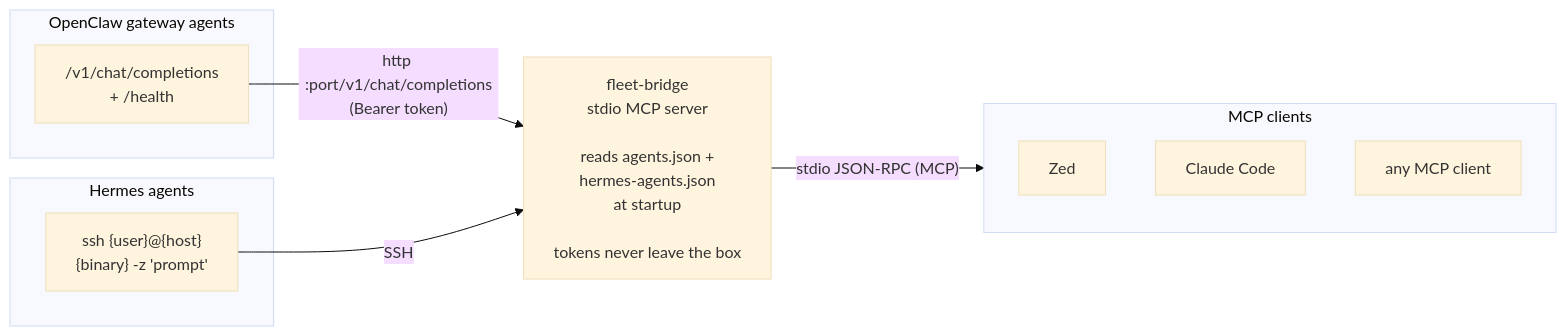
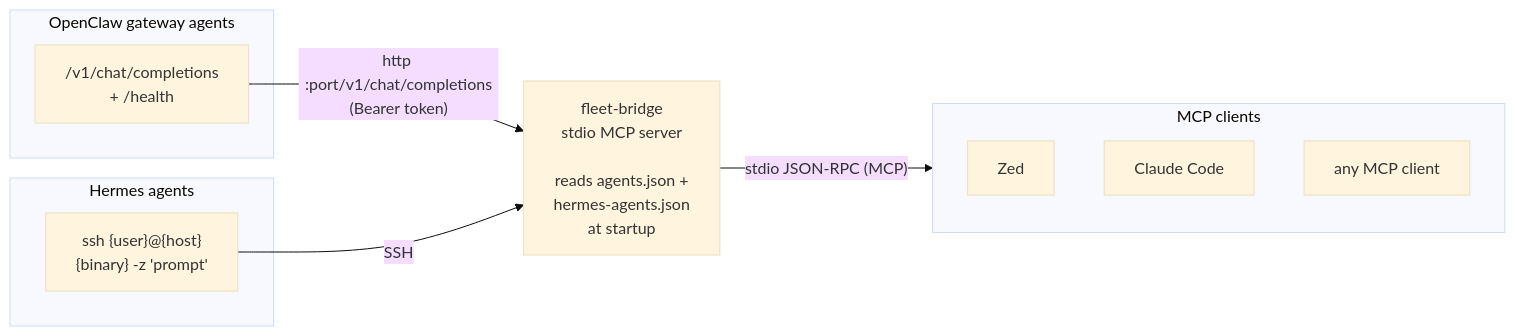
The diagram in README.md (leverframe/fleet-bridge), drawn with Mermaid (base theme) before and after one commit. The commit also changed other lines of this file and 8 other files, not shown here.

````diff
--- a/README.md
+++ b/README.md
@@ -17,18 +38,18 @@
 ```mermaid
 flowchart LR
     subgraph openclaw["OpenClaw gateway agents"]
         OA["/v1/chat/completions<br/>+ /health"]
     end
     subgraph hermes["Hermes agents"]
         HA["ssh {user}@{host}<br/>{binary} -z 'prompt'"]
     end
-    BRIDGE["fleet-bridge<br/>stdio MCP server<br/><br/>reads agents.json +<br/>hermes-agents.json<br/>at startup<br/><br/>tokens never leave the box"]
+    BRIDGE["fleet-bridge<br/>stdio MCP server<br/><br/>reads agents.json +<br/>hermes-agents.json<br/>at startup"]
     subgraph clients["MCP clients"]
         Z["Zed"]
         C["Claude Code"]
         X["any MCP client"]
     end
     OA -- "http :port/v1/chat/completions<br/>(Bearer token)" --> BRIDGE
     HA -- "SSH" --> BRIDGE
     BRIDGE -- "stdio JSON-RPC (MCP)" --> clients
 ```
````
